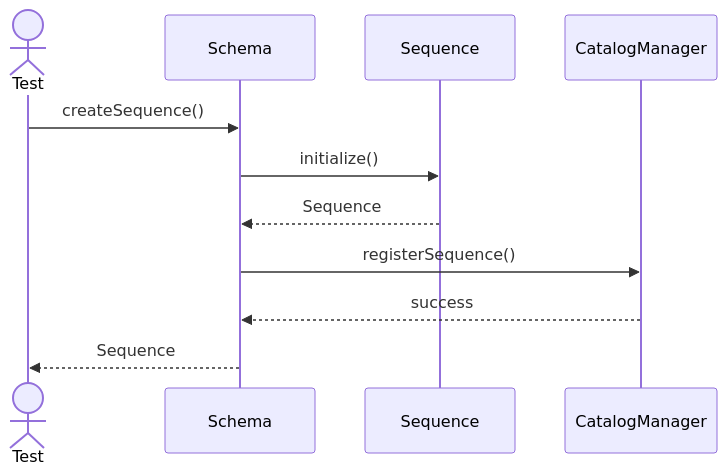
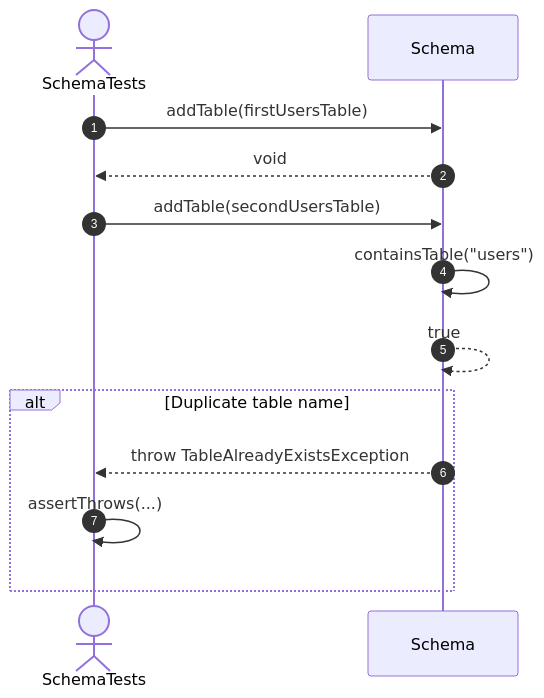
One commit to FhuAnn/-bbv-AN-s-DBMS changed the seventh of 15 diagrams in src/tests/unit/metadata/sequences/schemas-testing-sequences.md. Above: the diagram before and after it, drawn with Mermaid. The commit also changed other lines of this file and 60 other files, not shown here.

Commit message:
refactor data table, row, column, constraint, index test file

````diff
--- a/src/tests/unit/metadata/sequences/schemas-testing-sequences.md
+++ b/src/tests/unit/metadata/sequences/schemas-testing-sequences.md
@@ -196,22 +121,18 @@
 ```mermaid
 sequenceDiagram
-actor Test
+    autonumber
+    actor Test as SchemaTests
+    participant Schema as Schema
 
-participant Schema
+    Test->>Schema: addTable(firstUsersTable)
+    Schema-->>Test: void
 
-participant Sequence
+    Test->>Schema: addTable(secondUsersTable)
+    Schema->>Schema: containsTable("users")
+    Schema-->>Schema: true
 
-participant CatalogManager
-
-Test->>Schema: createSequence()
-
-Schema->>Sequence: initialize()
-
-Sequence-->>Schema: Sequence
-
-Schema->>CatalogManager: registerSequence()
-
-CatalogManager-->>Schema: success
-
-Schema-->>Test: Sequence
+    alt Duplicate table name
+        Schema-->>Test: throw TableAlreadyExistsException
+        Test->>Test: assertThrows(...)
+    end
 ```
````
